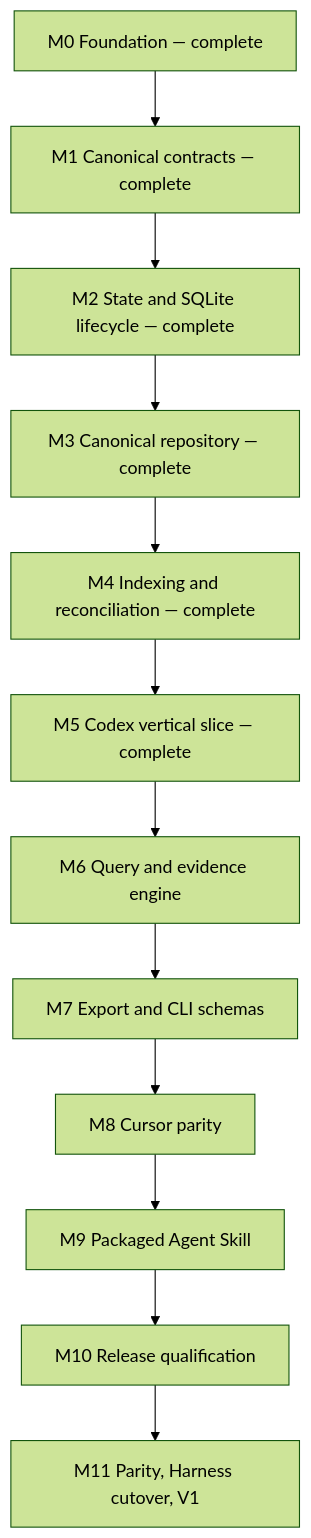
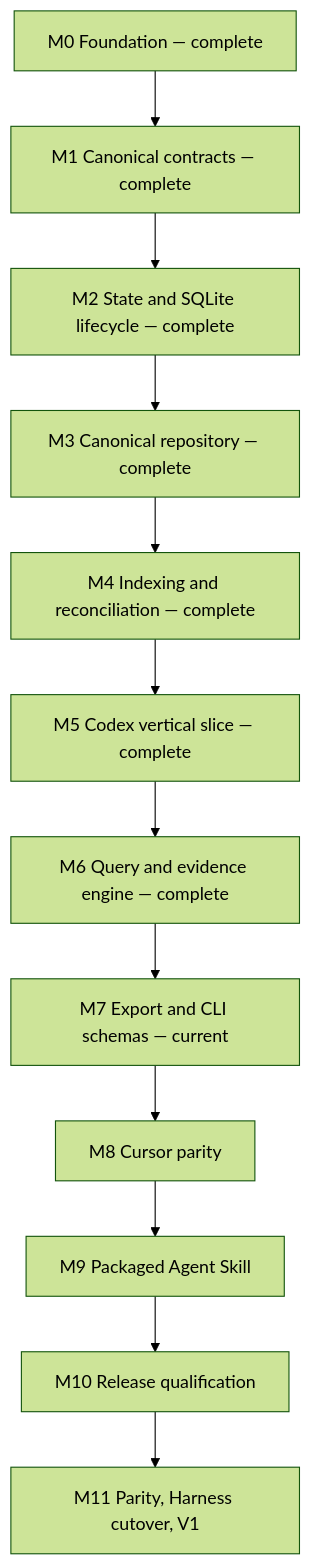
One commit to ferueda/sessions changed the diagram in dev/plans/260713-v1-implementation-roadmap.md. Above: the diagram before and after it, drawn with Mermaid (forest theme). The commit also changed other lines of this file and 79 other files, not shown here.

Commit message:
feat: add provider-neutral query engine

````diff
--- a/dev/plans/260713-v1-implementation-roadmap.md
+++ b/dev/plans/260713-v1-implementation-roadmap.md
@@ -86,14 +97,14 @@
 ```mermaid
 flowchart TD
   M0["M0 Foundation — complete"] --> M1["M1 Canonical contracts — complete"]
   M1 --> M2["M2 State and SQLite lifecycle — complete"]
   M2 --> M3["M3 Canonical repository — complete"]
   M3 --> M4["M4 Indexing and reconciliation — complete"]
   M4 --> M5["M5 Codex vertical slice — complete"]
-  M5 --> M6["M6 Query and evidence engine"]
-  M6 --> M7["M7 Export and CLI schemas"]
+  M5 --> M6["M6 Query and evidence engine — complete"]
+  M6 --> M7["M7 Export and CLI schemas — current"]
   M7 --> M8["M8 Cursor parity"]
   M8 --> M9["M9 Packaged Agent Skill"]
   M9 --> M10["M10 Release qualification"]
   M10 --> M11["M11 Parity, Harness cutover, V1"]
 ```
````
